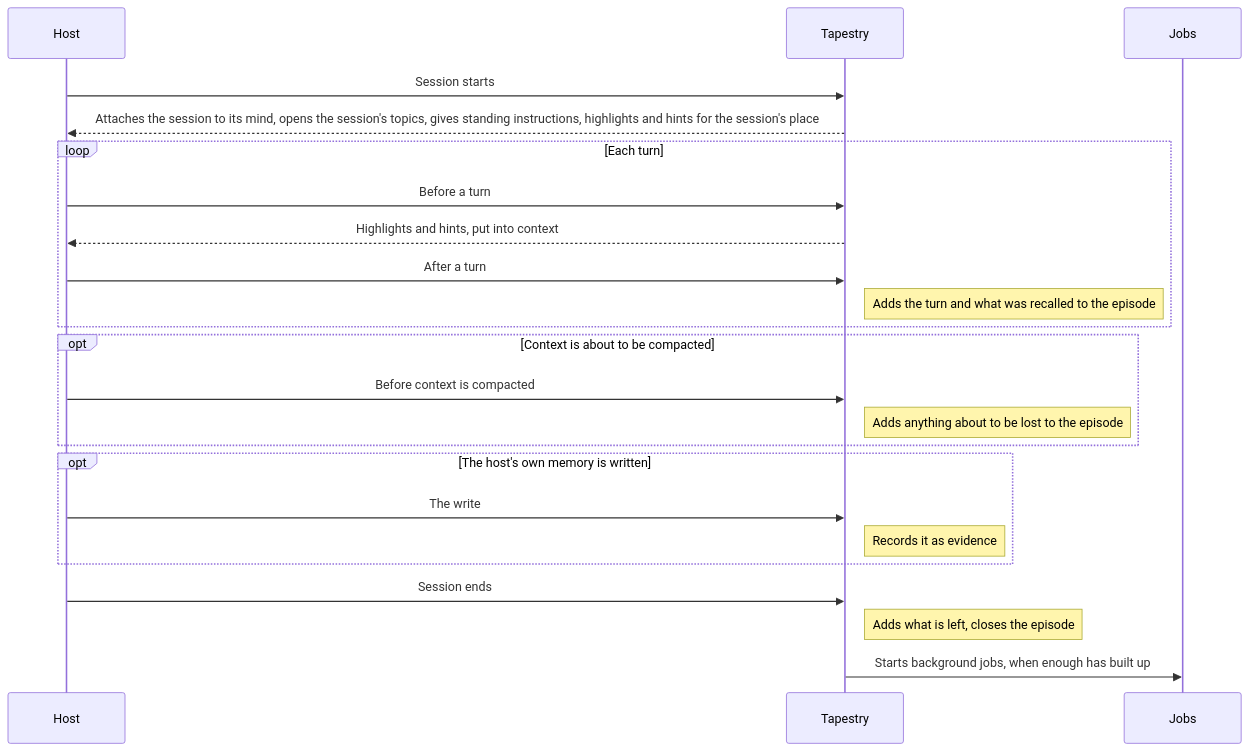
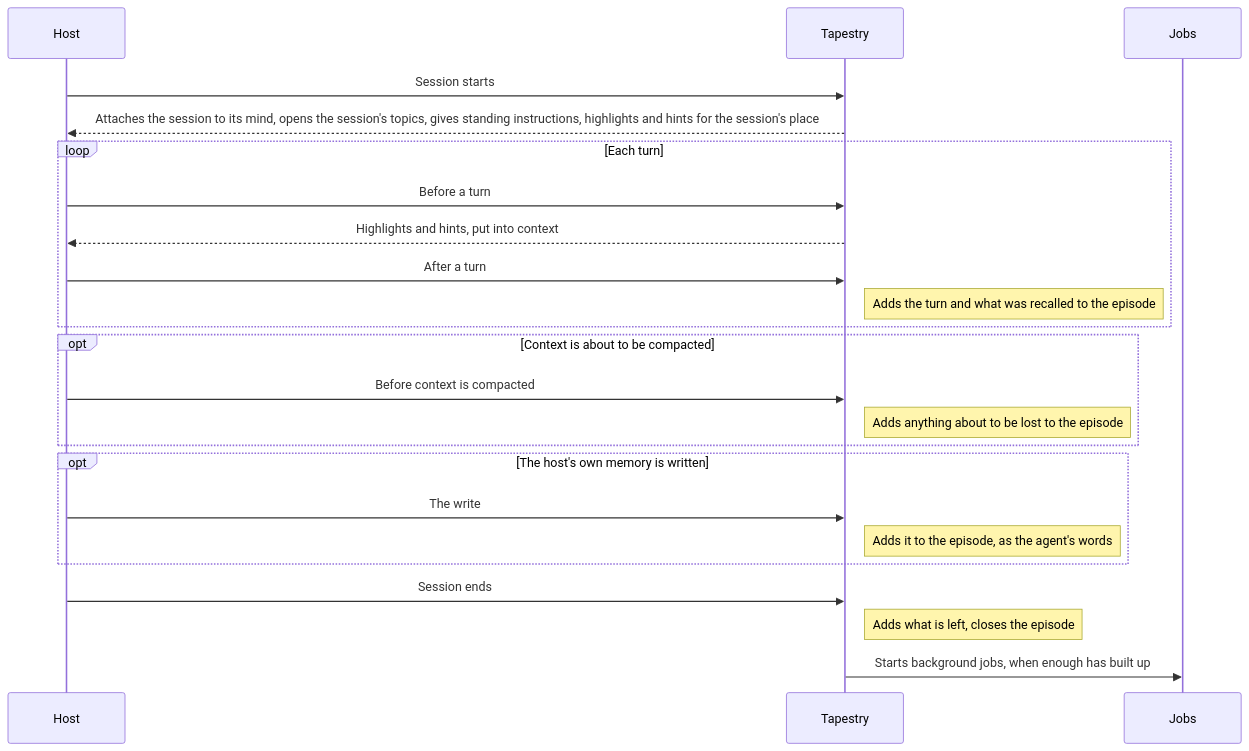
The diagram in docs/interfaces/HOOKS.md (willregelmann/tapestry), drawn with Mermaid before and after one commit. The commit also changed other lines of this file and 5 other files, not shown here.

First line of the commit message:
A host memory write joins the episode as the agent's words

````diff
--- a/docs/interfaces/HOOKS.md
+++ b/docs/interfaces/HOOKS.md
@@ -16,25 +16,25 @@
 ```mermaid
 sequenceDiagram
     participant H as Host
     participant T as Tapestry
     participant J as Jobs
     H->>T: Session starts
     T-->>H: Attaches the session to its mind, opens the session's topics, gives standing instructions, highlights and hints for the session's place
     loop Each turn
         H->>T: Before a turn
         T-->>H: Highlights and hints, put into context
         H->>T: After a turn
         Note right of T: Adds the turn and what was recalled to the episode
     end
     opt Context is about to be compacted
         H->>T: Before context is compacted
         Note right of T: Adds anything about to be lost to the episode
     end
     opt The host's own memory is written
         H->>T: The write
-        Note right of T: Records it as evidence
+        Note right of T: Adds it to the episode, as the agent's words
     end
     H->>T: Session ends
     Note right of T: Adds what is left, closes the episode
     T->>J: Starts background jobs, when enough has built up
 ```
````
